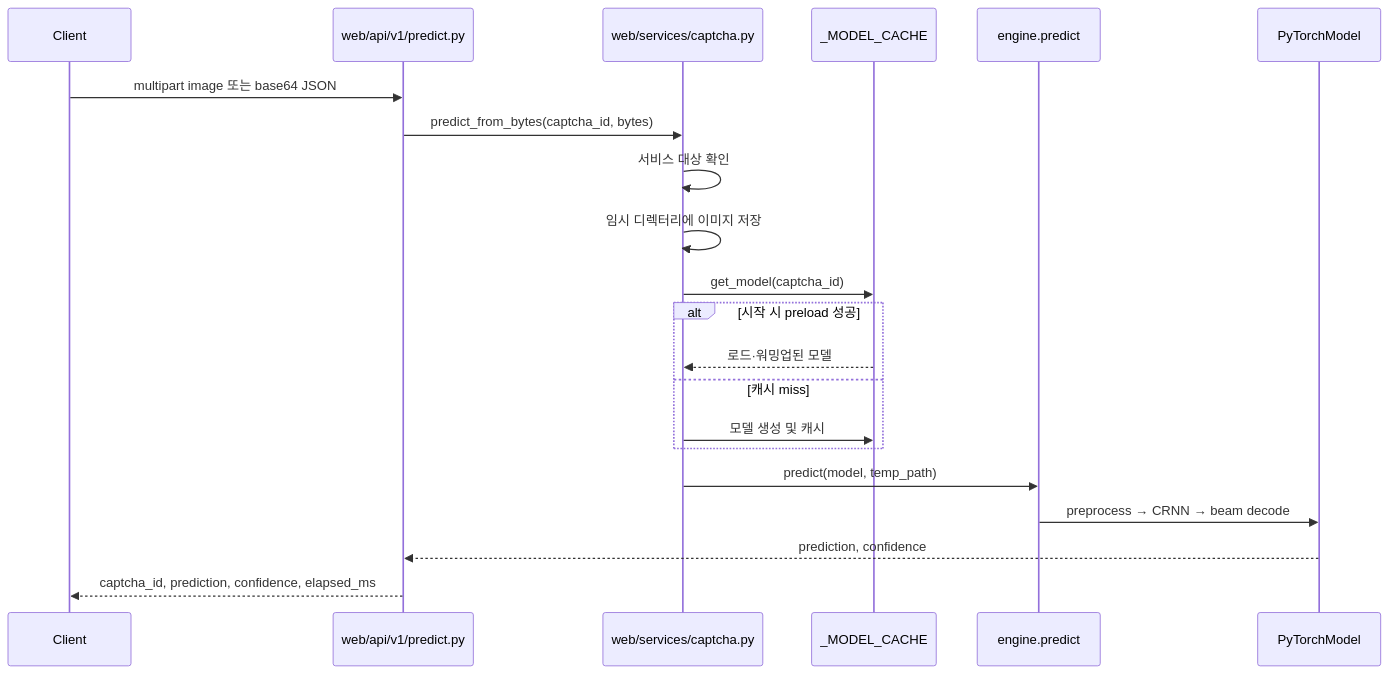
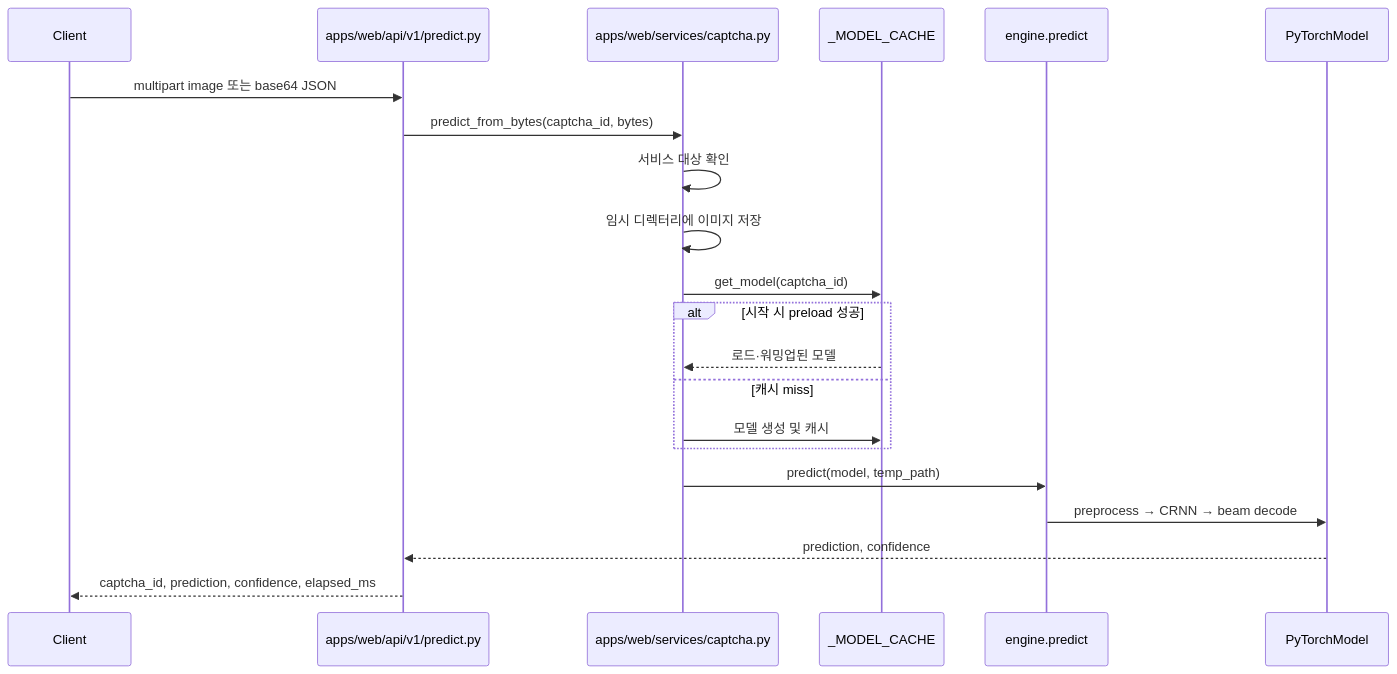
Before and after one commit to itsocool/captcha-solver: the second of 2 diagrams in docs/codebase-analysis.md, drawn with Mermaid. The commit also changed other lines of this file and 52 other files, not shown here.

````diff
--- a/docs/codebase-analysis.md
+++ b/docs/codebase-analysis.md
@@ -92,24 +92,24 @@
 ```mermaid
 sequenceDiagram
     participant Client
-    participant Route as web/api/v1/predict.py
-    participant Service as web/services/captcha.py
+    participant Route as apps/web/api/v1/predict.py
+    participant Service as apps/web/services/captcha.py
     participant Cache as _MODEL_CACHE
     participant Engine as engine.predict
     participant Model as PyTorchModel
 
     Client->>Route: multipart image 또는 base64 JSON
     Route->>Service: predict_from_bytes(captcha_id, bytes)
     Service->>Service: 서비스 대상 확인
     Service->>Service: 임시 디렉터리에 이미지 저장
     Service->>Cache: get_model(captcha_id)
     alt 시작 시 preload 성공
         Cache-->>Service: 로드·워밍업된 모델
     else 캐시 miss
         Service->>Cache: 모델 생성 및 캐시
     end
     Service->>Engine: predict(model, temp_path)
     Engine->>Model: preprocess → CRNN → beam decode
     Model-->>Route: prediction, confidence
     Route-->>Client: captcha_id, prediction, confidence, elapsed_ms
 ```
````
